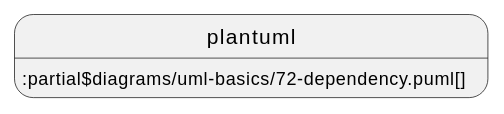
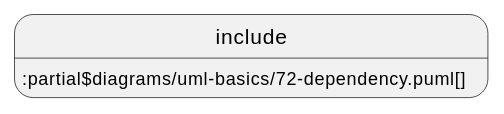
Before and after one commit to acplt/aas-specs: diagram 11 of 24 in documentation/IDTA-01001/modules/ROOT/pages/annex/uml.adoc, drawn with PlantUML. The commit also changed other lines of this file and 14 other files, not shown here.

First line of the commit message:
Revert "Use plantuml instead of include and test ./"

```diff
--- a/documentation/IDTA-01001/modules/ROOT/pages/annex/uml.adoc
+++ b/documentation/IDTA-01001/modules/ROOT/pages/annex/uml.adoc
@@ -174,4 +174,4 @@
 [plantuml, 72-dependency, svg]
 ....
-plantuml::partial$diagrams/uml-basics/72-dependency.puml[]
+include::partial$diagrams/uml-basics/72-dependency.puml[]
 ....
```
